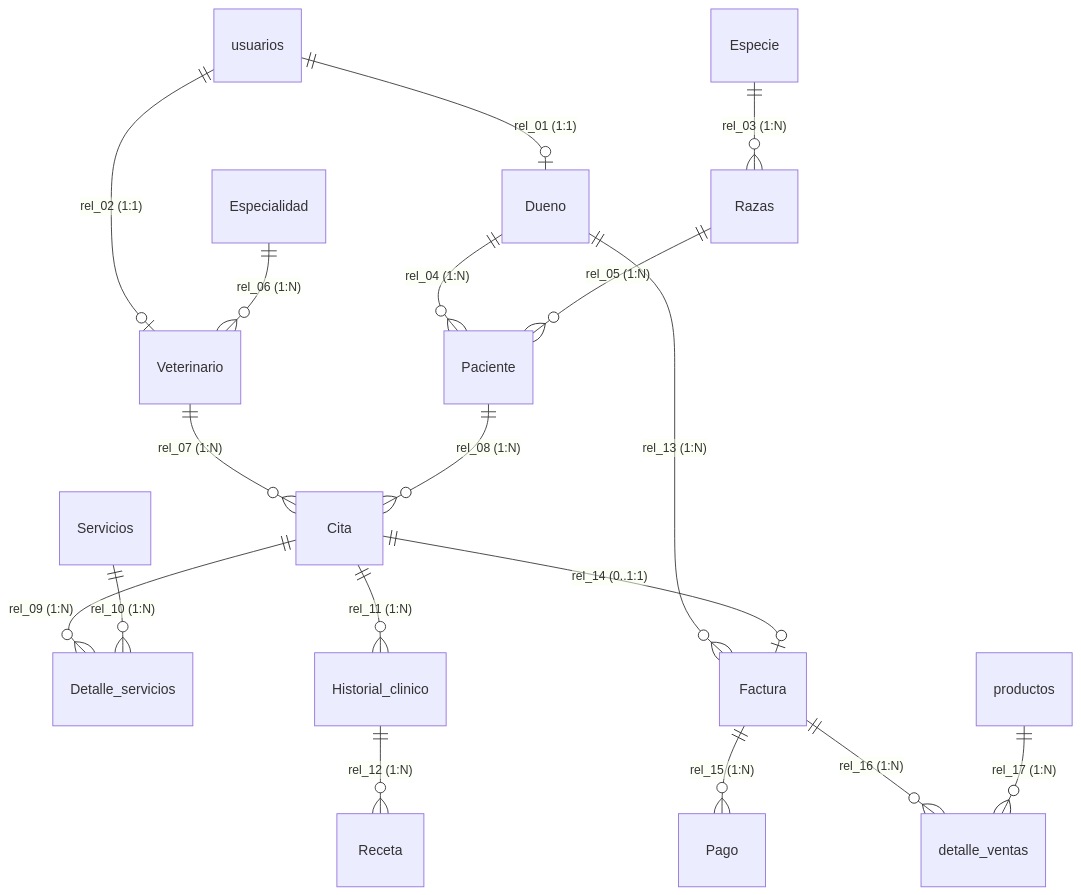
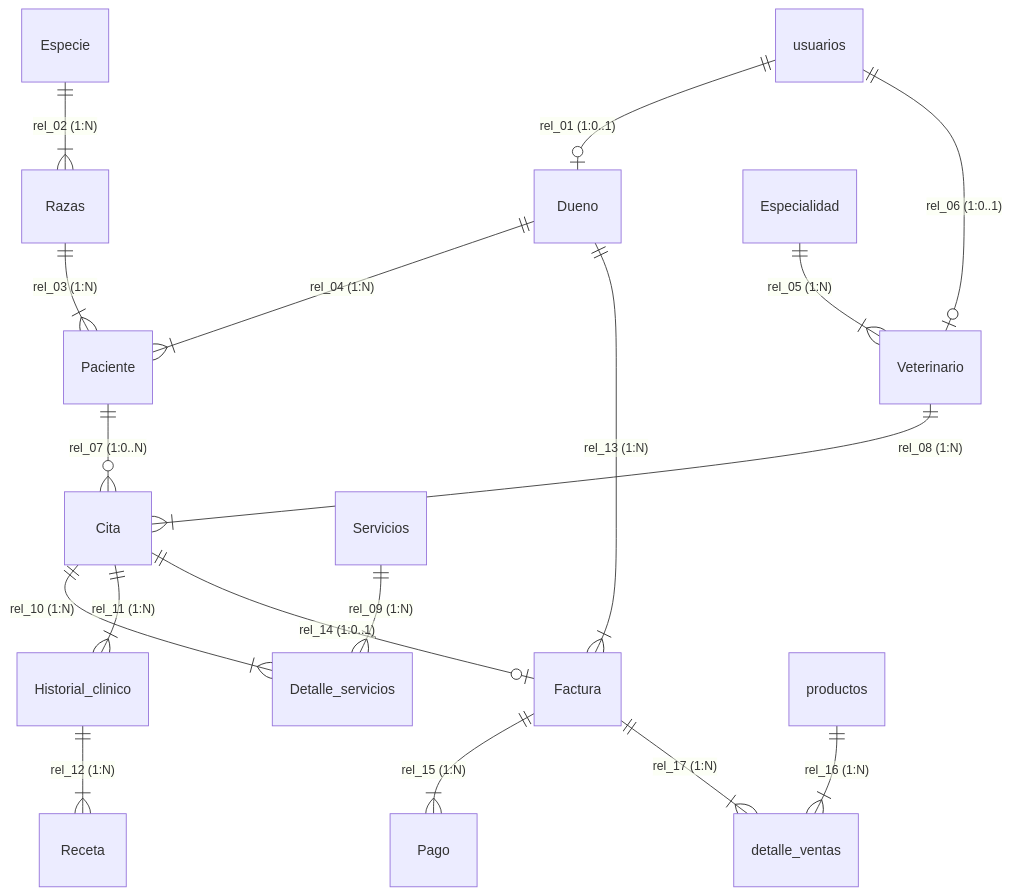
The diagram in docs/DOCUMENTACION_MODELO_16_TABLAS_3FN.md (HannyJPG/patitas-felices), drawn with Mermaid before and after one commit. The commit also changed other lines of this file and 2 other files, not shown here.

Commit message:
refactor(db): optimizar layout visual y tipos en prueba_1.erd.json, limpiar adapter.py y sincronizar documentacion 3FN

````diff
--- a/docs/DOCUMENTACION_MODELO_16_TABLAS_3FN.md
+++ b/docs/DOCUMENTACION_MODELO_16_TABLAS_3FN.md
@@ -24,20 +24,20 @@
 ```mermaid
 erDiagram
-    usuarios ||--o| Dueno : "rel_01 (1:1)"
-    usuarios ||--o| Veterinario : "rel_02 (1:1)"
-    Especie ||--o{ Razas : "rel_03 (1:N)"
-    Dueno ||--o{ Paciente : "rel_04 (1:N)"
-    Razas ||--o{ Paciente : "rel_05 (1:N)"
-    Especialidad ||--o{ Veterinario : "rel_06 (1:N)"
-    Veterinario ||--o{ Cita : "rel_07 (1:N)"
-    Paciente ||--o{ Cita : "rel_08 (1:N)"
-    Cita ||--o{ Detalle_servicios : "rel_09 (1:N)"
-    Servicios ||--o{ Detalle_servicios : "rel_10 (1:N)"
-    Cita ||--o{ Historial_clinico : "rel_11 (1:N)"
-    Historial_clinico ||--o{ Receta : "rel_12 (1:N)"
-    Dueno ||--o{ Factura : "rel_13 (1:N)"
-    Cita ||--o| Factura : "rel_14 (0..1:1)"
-    Factura ||--o{ Pago : "rel_15 (1:N)"
-    Factura ||--o{ detalle_ventas : "rel_16 (1:N)"
-    productos ||--o{ detalle_ventas : "rel_17 (1:N)"
+    usuarios ||--o| Dueno : "rel_01 (1:0..1)"
+    Especie ||--|{ Razas : "rel_02 (1:N)"
+    Razas ||--|{ Paciente : "rel_03 (1:N)"
+    Dueno ||--|{ Paciente : "rel_04 (1:N)"
+    Especialidad ||--|{ Veterinario : "rel_05 (1:N)"
+    usuarios ||--o| Veterinario : "rel_06 (1:0..1)"
+    Paciente ||--o{ Cita : "rel_07 (1:0..N)"
+    Veterinario ||--|{ Cita : "rel_08 (1:N)"
+    Servicios ||--|{ Detalle_servicios : "rel_09 (1:N)"
+    Cita ||--|{ Detalle_servicios : "rel_10 (1:N)"
+    Cita ||--|{ Historial_clinico : "rel_11 (1:N)"
+    Historial_clinico ||--|{ Receta : "rel_12 (1:N)"
+    Dueno ||--|{ Factura : "rel_13 (1:N)"
+    Cita ||--o| Factura : "rel_14 (1:0..1)"
+    Factura ||--|{ Pago : "rel_15 (1:N)"
+    productos ||--|{ detalle_ventas : "rel_16 (1:N)"
+    Factura ||--|{ detalle_ventas : "rel_17 (1:N)"
 ```
````
